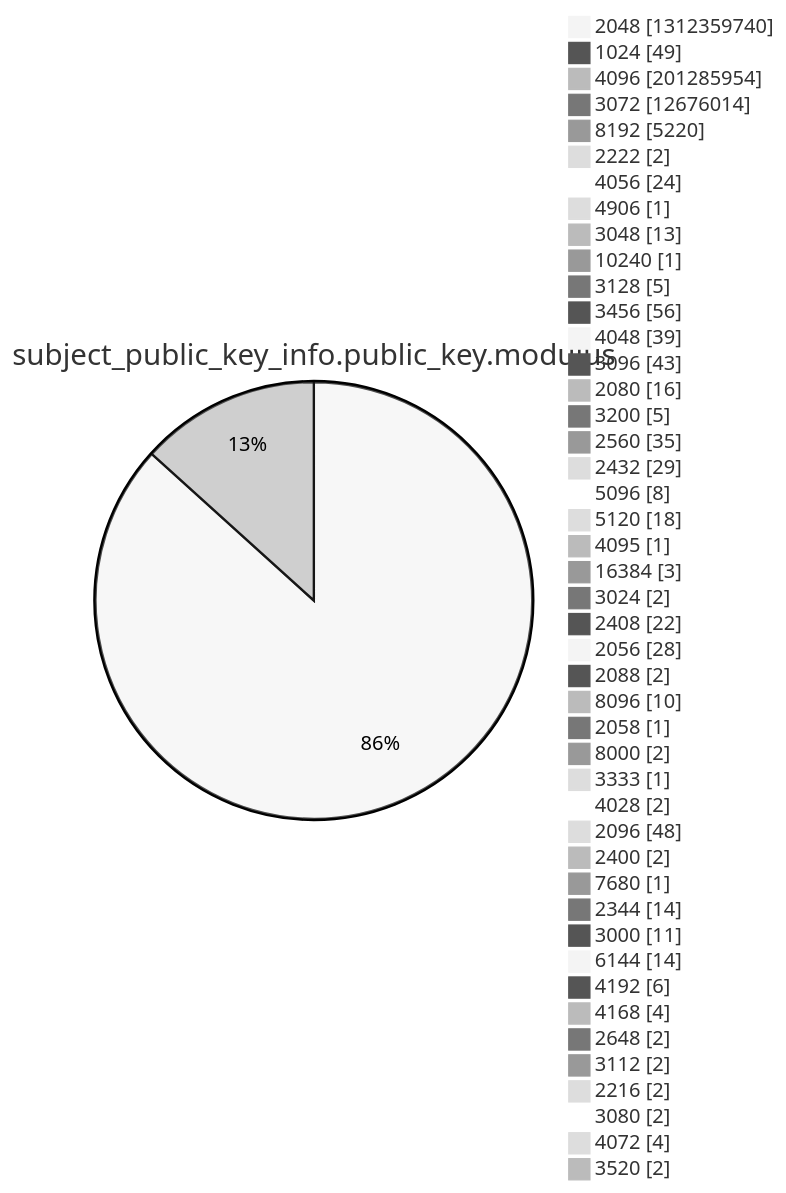
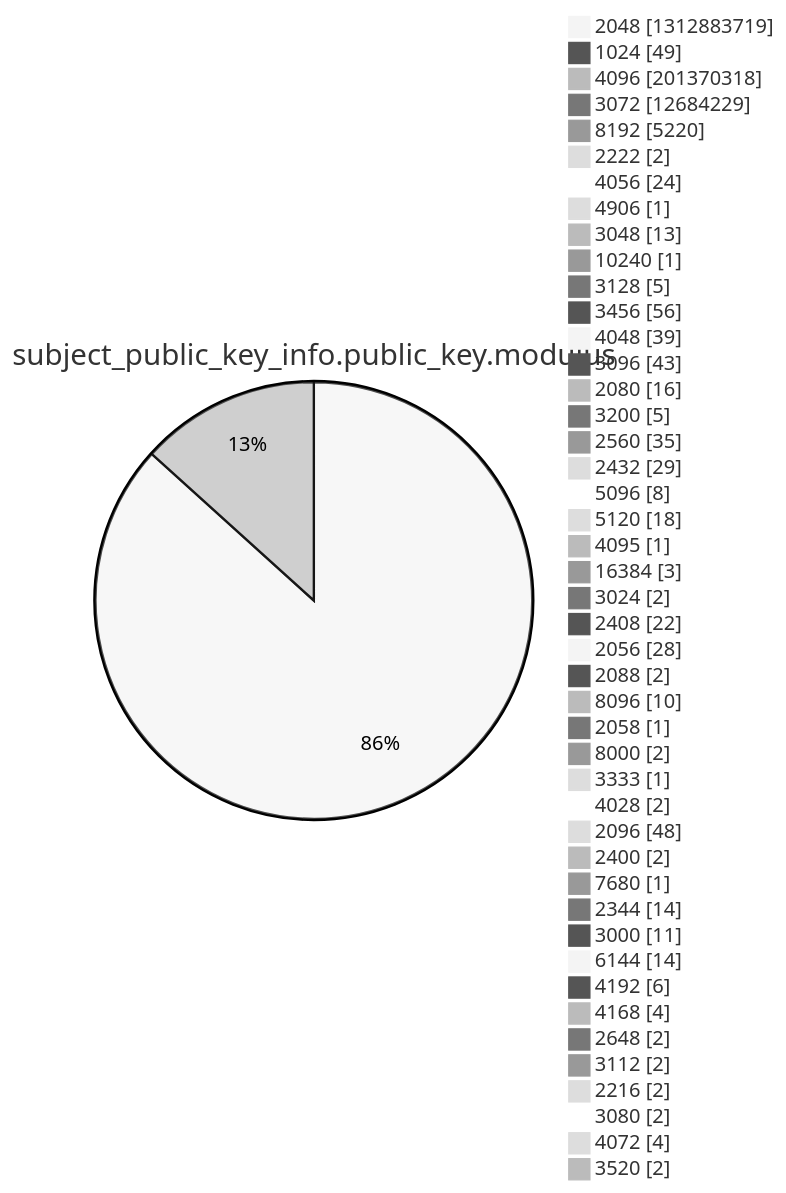
Diagram 13 of 15 in xenon2022/README.md (christiankrug/ctmonitor_visualization), drawn with Mermaid (neutral theme) before and after one commit. The commit also changed other lines of this file, not shown here.

````diff
--- a/xenon2022/README.md
+++ b/xenon2022/README.md
@@ -3924,49 +3924,49 @@
 ```mermaid
 pie showData
 title subject_public_key_info.public_key.modulus
-"2048" :1312359740
+"2048" :1312883719
 "1024" :49
-"4096" :201285954
-"3072" :12676014
+"4096" :201370318
+"3072" :12684229
 "8192" :5220
 "2222" :2
 "4056" :24
 "4906" :1
 "3048" :13
 "10240" :1
 "3128" :5
 "3456" :56
 "4048" :39
 "3096" :43
 "2080" :16
 "3200" :5
 "2560" :35
 "2432" :29
 "5096" :8
 "5120" :18
 "4095" :1
 "16384" :3
 "3024" :2
 "2408" :22
 "2056" :28
 "2088" :2
 "8096" :10
 "2058" :1
 "8000" :2
 "3333" :1
 "4028" :2
 "2096" :48
 "2400" :2
 "7680" :1
 "2344" :14
 "3000" :11
 "6144" :14
 "4192" :6
 "4168" :4
 "2648" :2
 "3112" :2
 "2216" :2
 "3080" :2
 "4072" :4
 "3520" :2
 ```
````
